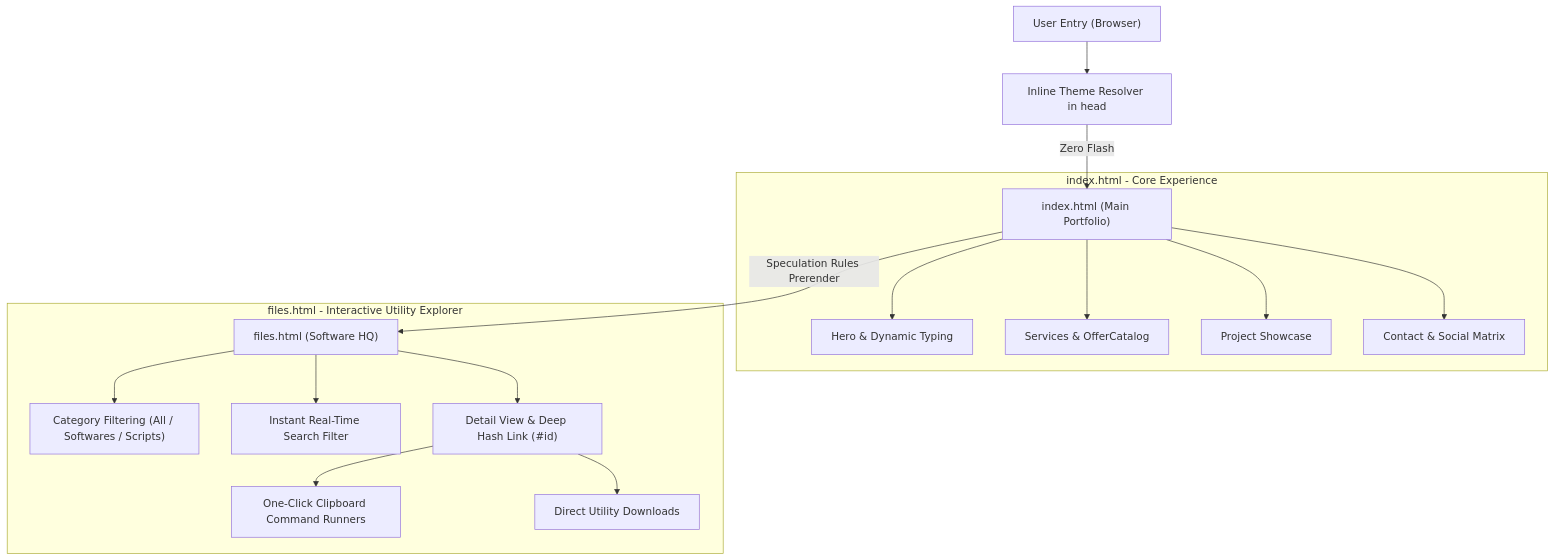
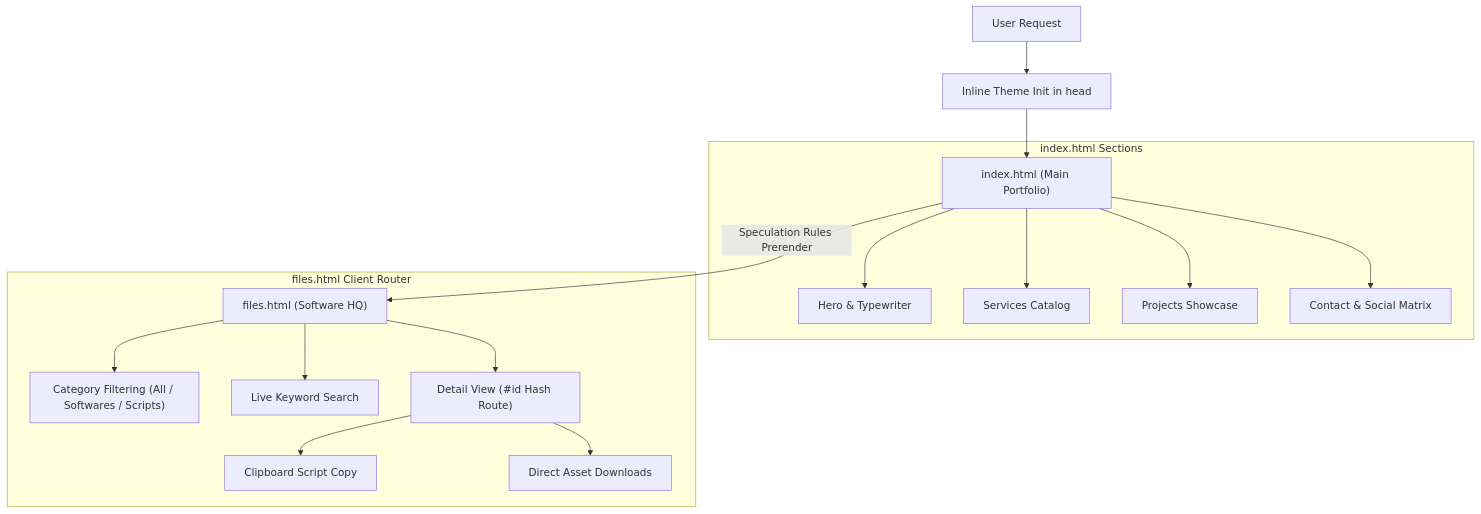
The first of 3 diagrams in README.md (humayunk45423/Webpage-2), drawn with Mermaid before and after one commit. The commit also changed other lines of this file and 5 other files, not shown here.

````diff
--- a/README.md
+++ b/README.md
@@ -49,22 +51,22 @@
 ```mermaid
 flowchart TD
-    A["User Entry (Browser)"] --> B["Inline Theme Resolver in head"]
-    B -->|"Zero Flash"| C["index.html (Main Portfolio)"]
+    A["User Request"] --> B["Inline Theme Init in head"]
+    B --> C["index.html (Main Portfolio)"]
     
-    subgraph S1 ["index.html - Core Experience"]
-        C --> D["Hero & Dynamic Typing"]
-        C --> E["Services & OfferCatalog"]
-        C --> F["Project Showcase"]
+    subgraph S1 ["index.html Sections"]
+        C --> D["Hero & Typewriter"]
+        C --> E["Services Catalog"]
+        C --> F["Projects Showcase"]
         C --> G["Contact & Social Matrix"]
     end
 
     C -->|"Speculation Rules Prerender"| H["files.html (Software HQ)"]
 
-    subgraph S2 ["files.html - Interactive Utility Explorer"]
+    subgraph S2 ["files.html Client Router"]
         H --> I["Category Filtering (All / Softwares / Scripts)"]
-        H --> J["Instant Real-Time Search Filter"]
-        H --> K["Detail View & Deep Hash Link (#id)"]
-        K --> L["One-Click Clipboard Command Runners"]
-        K --> M["Direct Utility Downloads"]
+        H --> J["Live Keyword Search"]
+        H --> K["Detail View (#id Hash Route)"]
+        K --> L["Clipboard Script Copy"]
+        K --> M["Direct Asset Downloads"]
     end
 ```
````
